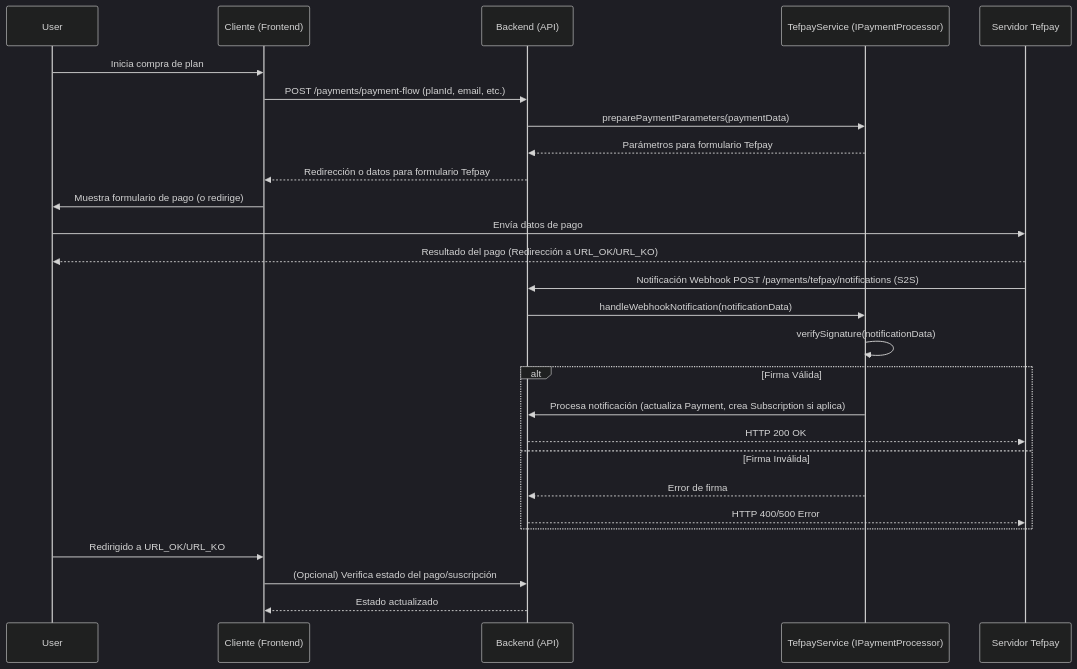
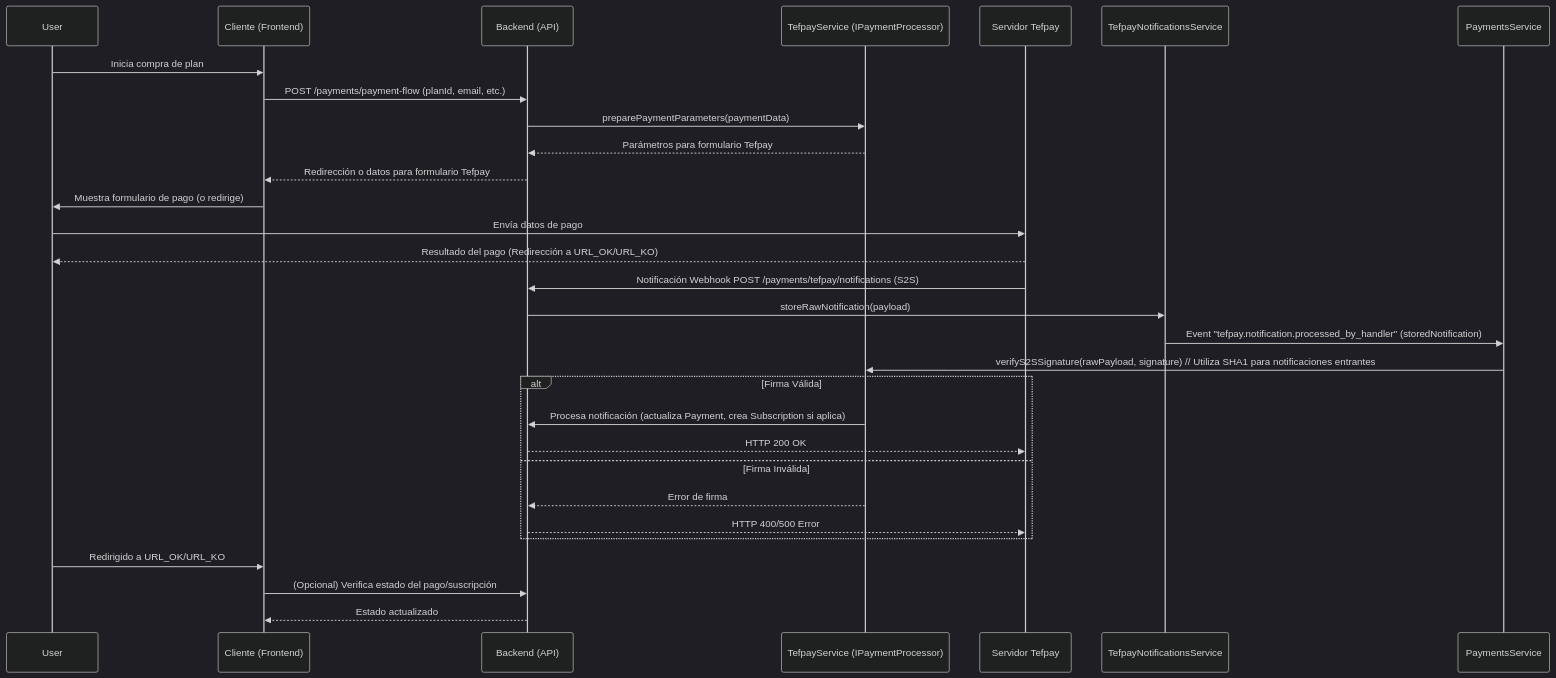
The first of 2 diagrams in docs/MODULES/PAYMENTS.md (Premiumadsselected-sl/cvcreator-backend), drawn with Mermaid (dark theme) before and after one commit. The commit also changed other lines of this file and 50 other files, not shown here.

````diff
--- a/docs/MODULES/PAYMENTS.md
+++ b/docs/MODULES/PAYMENTS.md
@@ -118,30 +122,31 @@
 ```mermaid
 sequenceDiagram
     participant User
     participant ClientApp as Cliente (Frontend)
     participant BackendApp as Backend (API)
     participant TefpayService as TefpayService (IPaymentProcessor)
     participant TefpayServer as Servidor Tefpay
 
     User->>ClientApp: Inicia compra de plan
     ClientApp->>BackendApp: POST /payments/payment-flow (planId, email, etc.)
     BackendApp->>TefpayService: preparePaymentParameters(paymentData)
     TefpayService-->>BackendApp: Parámetros para formulario Tefpay
     BackendApp-->>ClientApp: Redirección o datos para formulario Tefpay
     ClientApp->>User: Muestra formulario de pago (o redirige)
     User->>TefpayServer: Envía datos de pago
     TefpayServer-->>User: Resultado del pago (Redirección a URL_OK/URL_KO)
     TefpayServer->>BackendApp: Notificación Webhook POST /payments/tefpay/notifications (S2S)
-    BackendApp->>TefpayService: handleWebhookNotification(notificationData)
-    TefpayService->>TefpayService: verifySignature(notificationData)
+    BackendApp->>TefpayNotificationsService: storeRawNotification(payload)
+    TefpayNotificationsService->>PaymentsService: Event "tefpay.notification.processed_by_handler" (storedNotification)
+    PaymentsService->>TefpayService: verifyS2SSignature(rawPayload, signature) // Utiliza SHA1 para notificaciones entrantes
     alt Firma Válida
         TefpayService->>BackendApp: Procesa notificación (actualiza Payment, crea Subscription si aplica)
         BackendApp-->>TefpayServer: HTTP 200 OK
     else Firma Inválida
         TefpayService-->>BackendApp: Error de firma
         BackendApp-->>TefpayServer: HTTP 400/500 Error
     end
     User->>ClientApp: Redirigido a URL_OK/URL_KO
     ClientApp->>BackendApp: (Opcional) Verifica estado del pago/suscripción
     BackendApp-->>ClientApp: Estado actualizado
 ```
````
